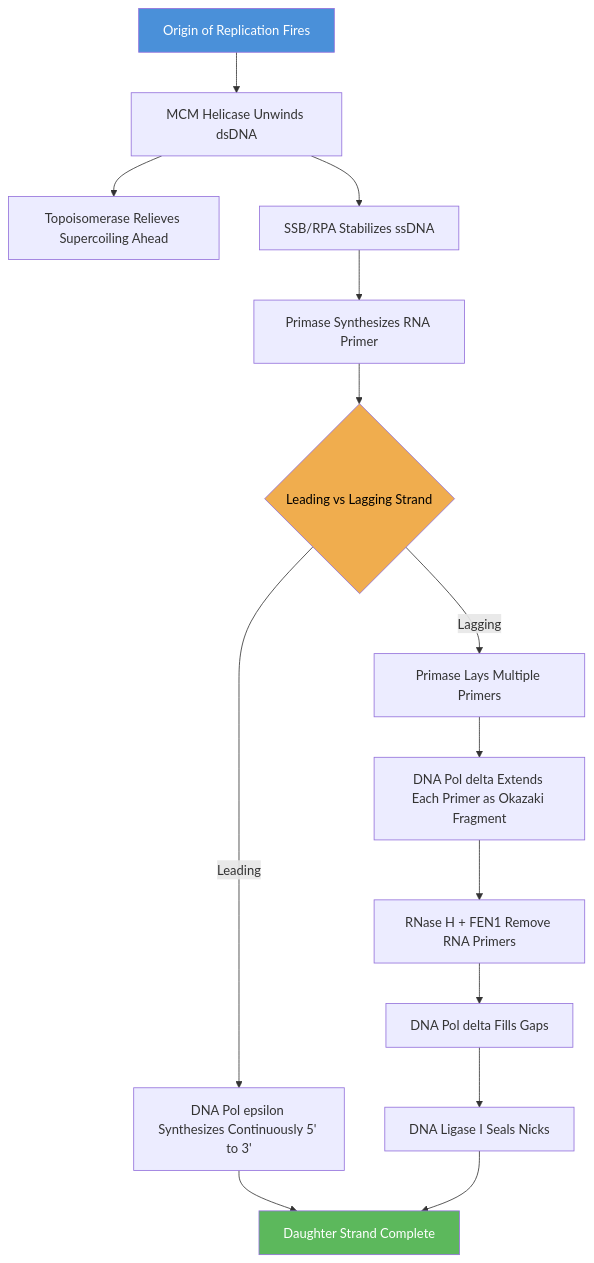
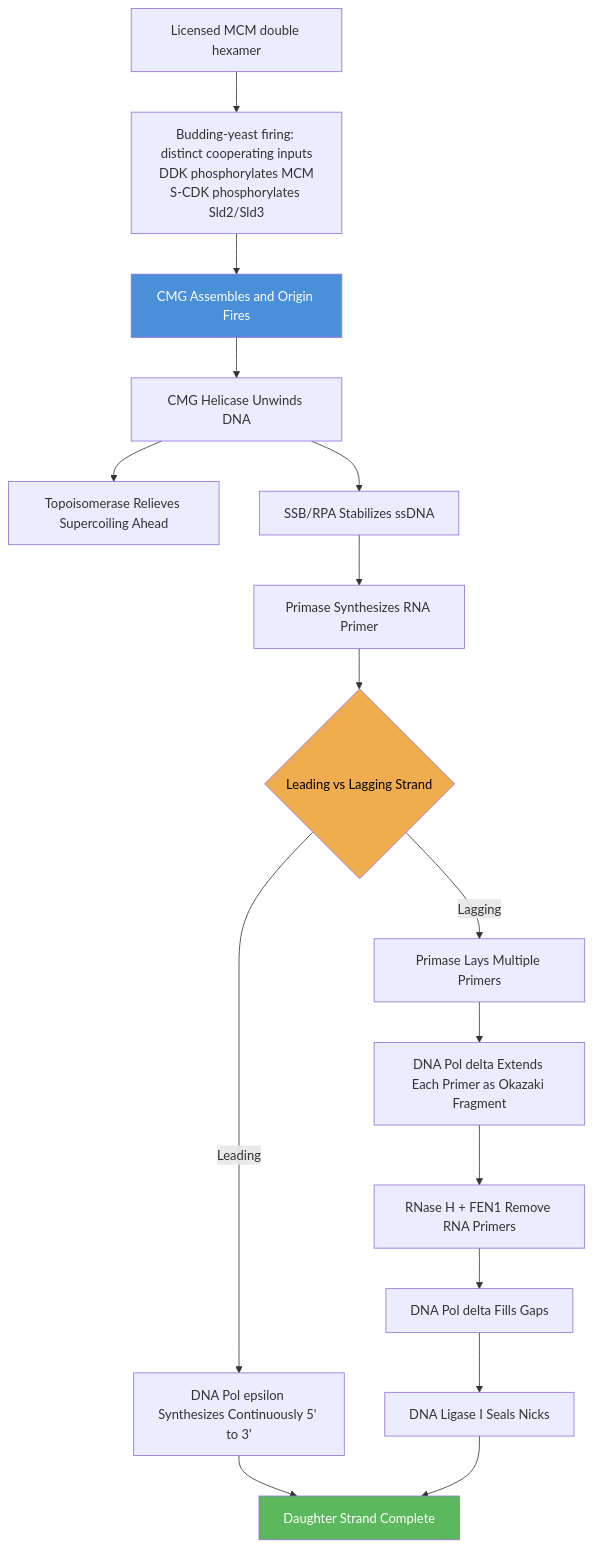
The first of 4 diagrams in docs/manuscript/unit_IV/dna_replication_and_cell_cycle.md (docxology/biology_textbook), drawn with Mermaid before and after one commit. The commit also changed other lines of this file and 444 other files, not shown here.

````diff
--- a/docs/manuscript/unit_IV/dna_replication_and_cell_cycle.md
+++ b/docs/manuscript/unit_IV/dna_replication_and_cell_cycle.md
@@ -140,20 +140,22 @@
 ```mermaid
 flowchart TD
-    A[Origin of Replication Fires] --> B[MCM Helicase Unwinds dsDNA]
+    Licensed["Licensed MCM double hexamer"] --> Kinases["Budding-yeast firing: distinct cooperating inputs<br/>DDK phosphorylates MCM<br/>S-CDK phosphorylates Sld2/Sld3"]
+    Kinases --> A["CMG Assembles and Origin Fires"]
+    A --> B["CMG Helicase Unwinds DNA"]
     B --> C[Topoisomerase Relieves Supercoiling Ahead]
     B --> D[SSB/RPA Stabilizes ssDNA]
     D --> E[Primase Synthesizes RNA Primer]
     E --> F{Leading vs Lagging Strand}
     F -->|Leading| G["DNA Pol epsilon Synthesizes Continuously 5' to 3'"]
     F -->|Lagging| H["Primase Lays Multiple Primers"]
     H --> I["DNA Pol delta Extends Each Primer as Okazaki Fragment"]
     I --> J["RNase H + FEN1 Remove RNA Primers"]
     J --> K["DNA Pol delta Fills Gaps"]
     K --> L["DNA Ligase I Seals Nicks"]
     G --> M[Daughter Strand Complete]
     L --> M
 
     style A fill:#4a90d9,color:#fff
     style F fill:#f0ad4e,color:#000
     style M fill:#5cb85c,color:#fff
 ```
````
